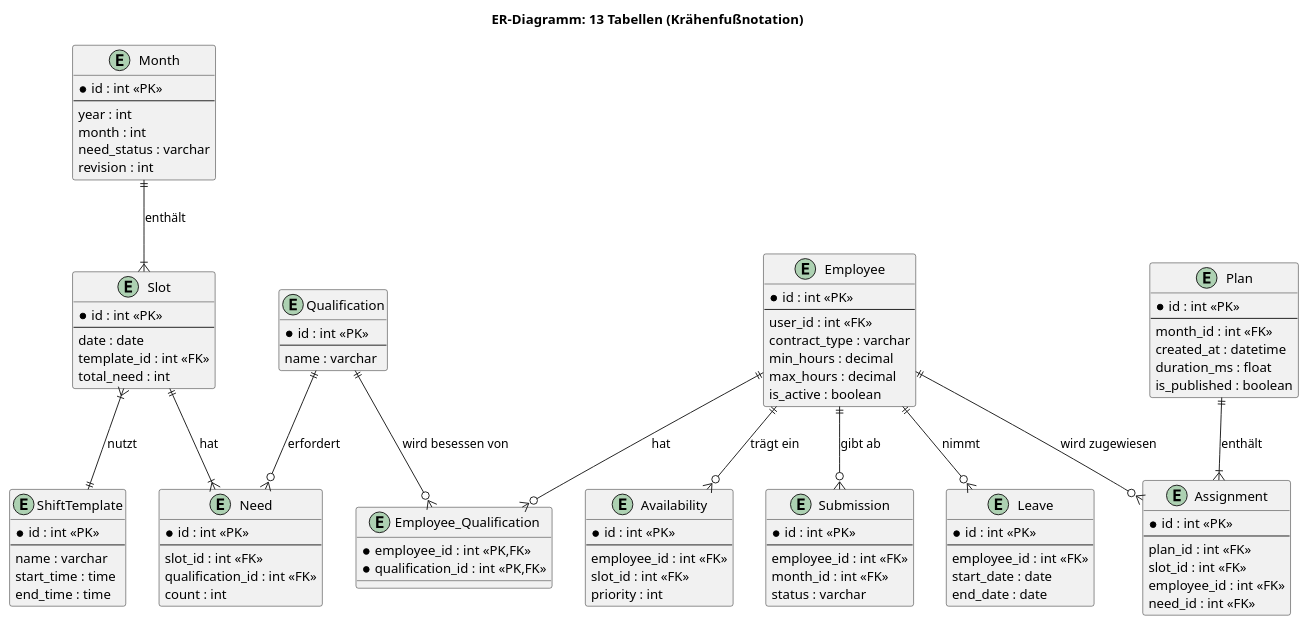
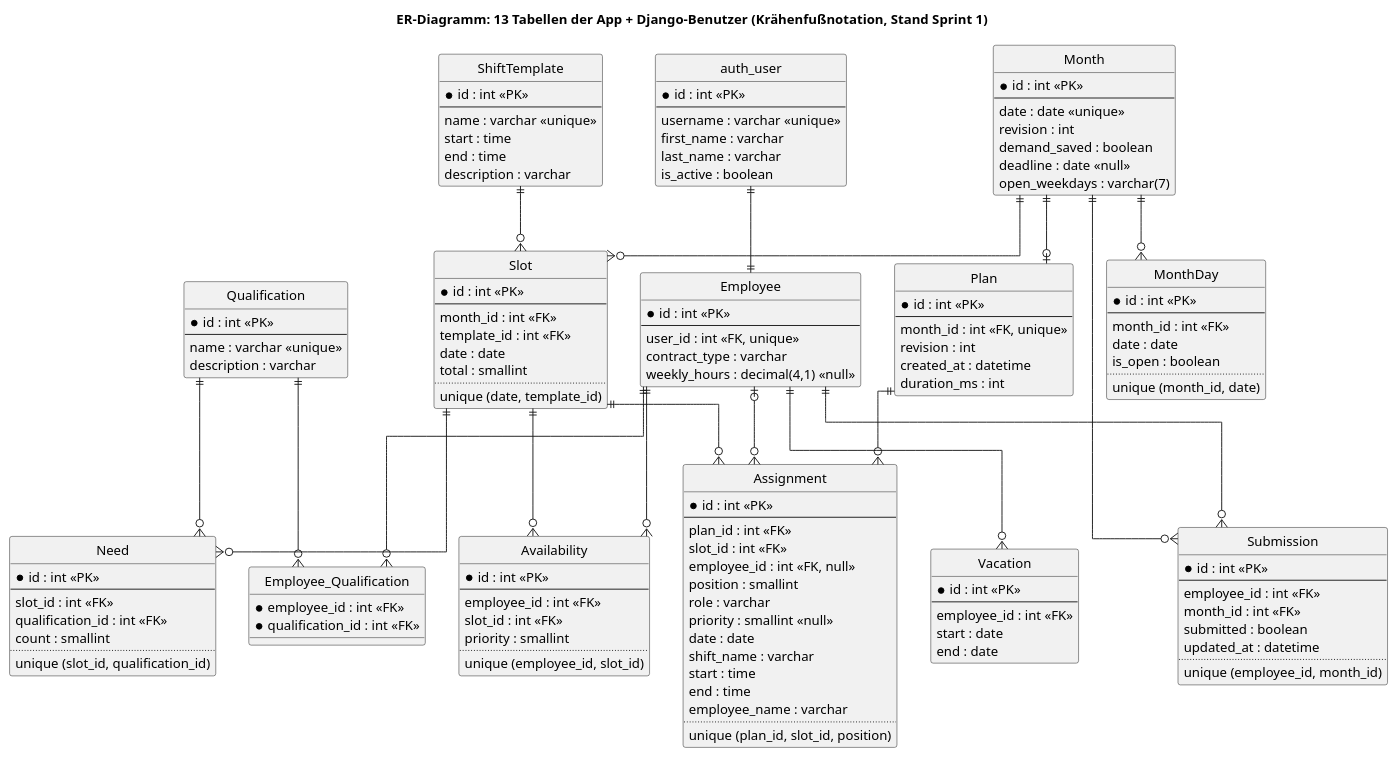
The diagram in docs/design/er_diagramm.puml (shiftplanner-hsfl-team/shiftplanner), drawn with PlantUML before and after one commit. The commit also changed 1 other file, not shown here.

Commit message:
DESIGN #26: Klassen- und ER-Diagramm an Datenmodell nach Sprint 1 angepasst
Claude-Session: https://claude.ai/code/session_01CJMuJmYc1zFL9wgktzrjdH

```diff
--- a/docs/design/er_diagramm.puml
+++ b/docs/design/er_diagramm.puml
@@ -1,116 +1,161 @@
 @startuml
-title ER-Diagramm: 13 Tabellen (Krähenfußnotation)
+title ER-Diagramm: 13 Tabellen der App + Django-Benutzer (Krähenfußnotation, Stand Sprint 1)
+
+hide circle
+skinparam linetype ortho
+
+entity auth_user {
+  * id : int <<PK>>
+  --
+  username : varchar <<unique>>
+  first_name : varchar
+  last_name : varchar
+  is_active : boolean
+}
 
 entity Employee {
   * id : int <<PK>>
   --
-  user_id : int <<FK>>
+  user_id : int <<FK, unique>>
   contract_type : varchar
-  min_hours : decimal
-  max_hours : decimal
-  is_active : boolean
+  weekly_hours : decimal(4,1) <<null>>
 }
 
 entity Qualification {
   * id : int <<PK>>
   --
-  name : varchar
+  name : varchar <<unique>>
+  description : varchar
 }
 
 entity Employee_Qualification {
-  * employee_id : int <<PK,FK>>
-  * qualification_id : int <<PK,FK>>
+  * employee_id : int <<FK>>
+  * qualification_id : int <<FK>>
 }
 
 entity ShiftTemplate {
   * id : int <<PK>>
   --
-  name : varchar
-  start_time : time
-  end_time : time
+  name : varchar <<unique>>
+  start : time
+  end : time
+  description : varchar
 }
 
 entity Month {
   * id : int <<PK>>
   --
-  year : int
-  month : int
-  need_status : varchar
+  date : date <<unique>>
   revision : int
+  demand_saved : boolean
+  deadline : date <<null>>
+  open_weekdays : varchar(7)
+}
+
+entity MonthDay {
+  * id : int <<PK>>
+  --
+  month_id : int <<FK>>
+  date : date
+  is_open : boolean
+  ..
+  unique (month_id, date)
 }
 
 entity Slot {
   * id : int <<PK>>
   --
+  month_id : int <<FK>>
+  template_id : int <<FK>>
   date : date
-  template_id : int <<FK>>
-  total_need : int
+  total : smallint
+  ..
+  unique (date, template_id)
 }
 
 entity Need {
   * id : int <<PK>>
   --
   slot_id : int <<FK>>
   qualification_id : int <<FK>>
-  count : int
+  count : smallint
+  ..
+  unique (slot_id, qualification_id)
 }
 
 entity Availability {
   * id : int <<PK>>
   --
   employee_id : int <<FK>>
   slot_id : int <<FK>>
-  priority : int
+  priority : smallint
+  ..
+  unique (employee_id, slot_id)
 }
 
 entity Submission {
   * id : int <<PK>>
   --
   employee_id : int <<FK>>
   month_id : int <<FK>>
-  status : varchar
+  submitted : boolean
+  updated_at : datetime
+  ..
+  unique (employee_id, month_id)
 }
 
-entity Leave {
+entity Vacation {
   * id : int <<PK>>
   --
   employee_id : int <<FK>>
-  start_date : date
-  end_date : date
+  start : date
+  end : date
 }
 
 entity Plan {
   * id : int <<PK>>
   --
-  month_id : int <<FK>>
+  month_id : int <<FK, unique>>
+  revision : int
   created_at : datetime
-  duration_ms : float
-  is_published : boolean
+  duration_ms : int
 }
 
 entity Assignment {
   * id : int <<PK>>
   --
   plan_id : int <<FK>>
   slot_id : int <<FK>>
-  employee_id : int <<FK>>
-  need_id : int <<FK>>
+  employee_id : int <<FK, null>>
+  position : smallint
+  role : varchar
+  priority : smallint <<null>>
+  date : date
+  shift_name : varchar
+  start : time
+  end : time
+  employee_name : varchar
+  ..
+  unique (plan_id, slot_id, position)
 }
 
-Employee ||--o{ Employee_Qualification : hat
-Qualification ||--o{ Employee_Qualification : wird besessen von
+auth_user ||--|| Employee
+Employee ||--o{ Employee_Qualification
+Qualification ||--o{ Employee_Qualification
+Employee ||--o{ Availability
+Employee ||--o{ Submission
+Employee ||--o{ Vacation
+Employee |o--o{ Assignment
 
-Employee ||--o{ Availability : trägt ein
-Employee ||--o{ Submission : gibt ab
-Employee ||--o{ Leave : nimmt
-Employee ||--o{ Assignment : wird zugewiesen
-
-Month ||--|{ Slot : enthält
-Slot }|--|| ShiftTemplate : nutzt
-
-Slot ||--|{ Need : hat
-Qualification ||--o{ Need : erfordert
-
-Plan ||--|{ Assignment : enthält
+Month ||--o{ MonthDay
+Month ||--o{ Slot
+Month ||--o{ Submission
+Month ||--o| Plan
+ShiftTemplate ||--o{ Slot
+Slot ||--o{ Need
+Qualification ||--o{ Need
+Slot ||--o{ Availability
+Plan ||--o{ Assignment
+Slot ||--o{ Assignment
 
 @enduml
```
